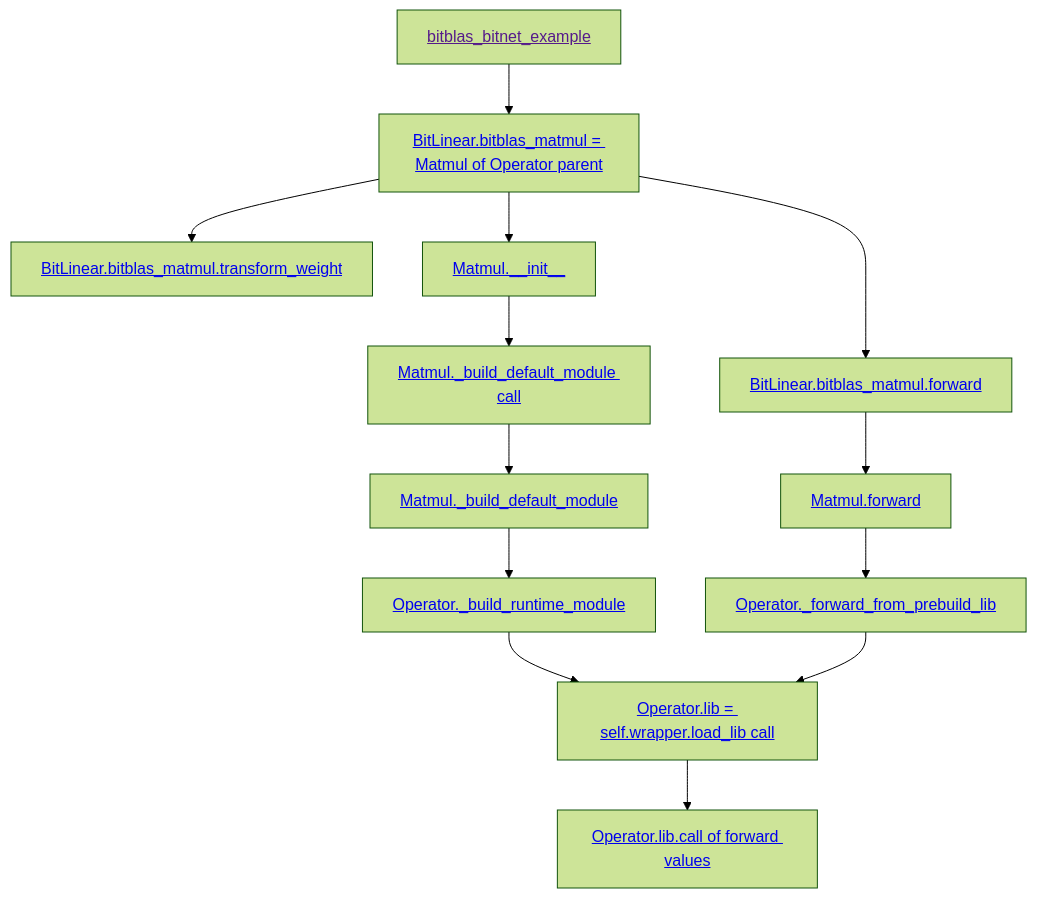
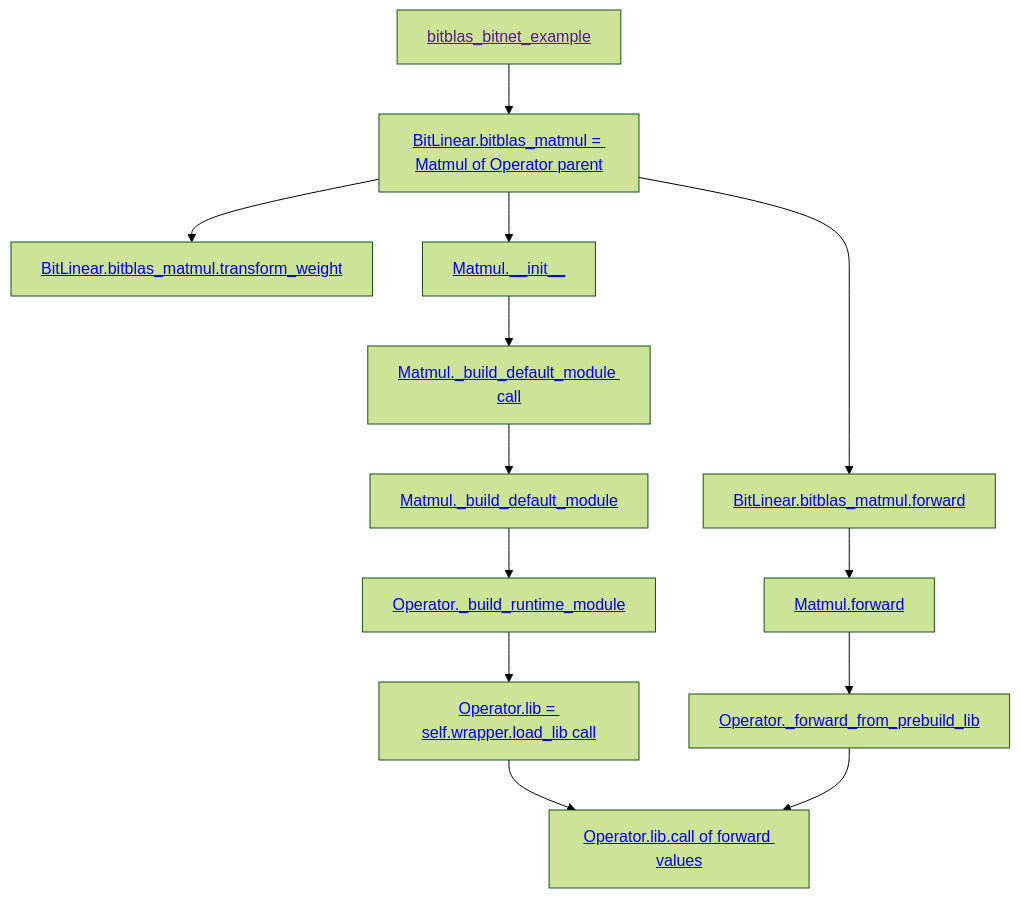
Before and after one commit to w32zhong/BitBLAS: the diagram in README.md, drawn with Mermaid (forest theme).

````diff
--- a/README.md
+++ b/README.md
@@ -142,22 +142,22 @@
 ```mermaid
 graph TD;
    bitblas_bitnet_example[<a href="">bitblas_bitnet_example</a>]
    bitblas_matmul_init[<a href="https://github.com/w32zhong/BitBLAS/blob/5674b605d07649b2f16810a0fb0b5745ab63203f/integration/BitNet/utils_quant.py#L77">BitLinear.bitblas_matmul = Matmul of Operator parent</a>]
    bitblas_matmul[<a href="https://github.com/w32zhong/BitBLAS/blob/5674b605d07649b2f16810a0fb0b5745ab63203f/integration/BitNet/utils_quant.py#L144">BitLinear.bitblas_matmul.forward</a>]
    transform_weight[<a href="https://github.com/w32zhong/BitBLAS/blob/5674b605d07649b2f16810a0fb0b5745ab63203f/integration/BitNet/utils_quant.py#L92-L93">BitLinear.bitblas_matmul.transform_weight</a>]
    bitblas_bitnet_example --> bitblas_matmul_init
    bitblas_matmul_init --> bitblas_matmul
    bitblas_matmul_init --> transform_weight
 
    matmul_init[<a href="https://github.com/w32zhong/BitBLAS/blob/1f3e28e96d83d984ea8195ac1420cc834c035d18/python/bitblas/ops/general_matmul.py#L209">Matmul.__init__</a>]
    matmul_forward[<a href="https://github.com/w32zhong/BitBLAS/blob/1f3e28e96d83d984ea8195ac1420cc834c035d18/python/bitblas/ops/general_matmul.py#L482">Matmul.forward</a>]
    _forward_from_prebuild_lib[<a href="https://github.com/w32zhong/BitBLAS/blob/1f3e28e96d83d984ea8195ac1420cc834c035d18/python/bitblas/ops/operator.py#L287">Operator._forward_from_prebuild_lib</a>]
    operator_libcall[<a href="https://github.com/w32zhong/BitBLAS/blob/1f3e28e96d83d984ea8195ac1420cc834c035d18/python/bitblas/ops/operator.py#L292">Operator.lib.call of forward values</a>]
    _build_default_module_call[<a href="https://github.com/w32zhong/BitBLAS/blob/efa02a4603a63a35007ad9727d940a7f76097dbb/python/bitblas/ops/general_matmul.py#L251">Matmul._build_default_module call</a>]
    _build_default_module[<a href="https://github.com/w32zhong/BitBLAS/blob/e3695e23f9ccceb60a5957d62632604fa292509e/python/bitblas/ops/general_matmul.py#L353">Matmul._build_default_module</a>]
    _build_runtime_module[<a href="https://github.com/w32zhong/BitBLAS/blob/9f2169992a50a6a5cd451f6d9cbc7439debaf0ab/python/bitblas/ops/operator.py#L73">Operator._build_runtime_module</a>]
    operator_lib_init_call[<a href="https://github.com/w32zhong/BitBLAS/blob/9f2169992a50a6a5cd451f6d9cbc7439debaf0ab/python/bitblas/ops/operator.py#L139">Operator.lib = self.wrapper.load_lib call</a>]
    bitblas_matmul_init --> matmul_init
    matmul_init --> _build_default_module_call --> _build_default_module --> _build_runtime_module --> operator_lib_init_call --> operator_libcall
-   bitblas_matmul --> matmul_forward --> _forward_from_prebuild_lib --> operator_lib_init_call
+   bitblas_matmul --> matmul_forward --> _forward_from_prebuild_lib --> operator_libcall
 ```
````
